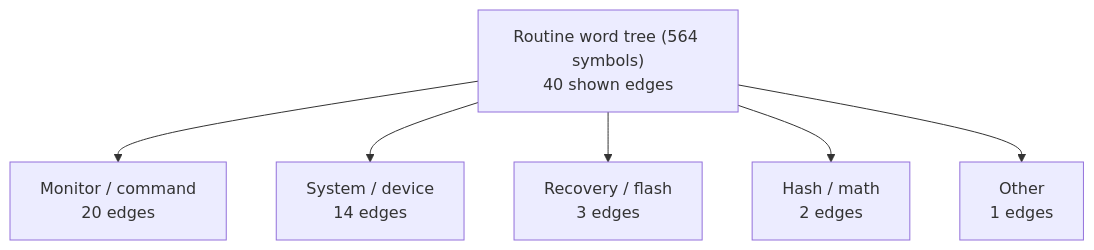
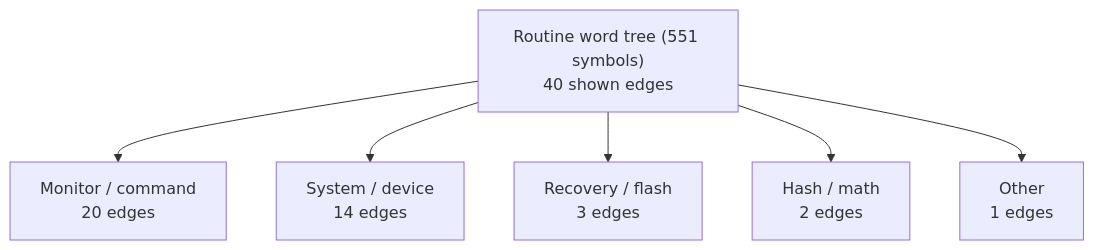
One commit to 95westus/R-YORS changed the first of 8 diagrams in DOC/GENERATED/ROUTINE_WORD_TREE.md. Above: the diagram before and after it, drawn with Mermaid. The commit also changed other lines of this file and 94 other files, not shown here.

````diff
--- a/DOC/GENERATED/ROUTINE_WORD_TREE.md
+++ b/DOC/GENERATED/ROUTINE_WORD_TREE.md
@@ -16,8 +16,8 @@
 ```mermaid
 flowchart TD
-    MAP_ROOT_ROUTINE_WORD_TREE__564_SYMBOLS_["Routine word tree (564 symbols)<br/>40 shown edges"] --> MAP_FAMILY_MONITOR___COMMAND["Monitor / command<br/>20 edges"]
-    MAP_ROOT_ROUTINE_WORD_TREE__564_SYMBOLS_["Routine word tree (564 symbols)<br/>40 shown edges"] --> MAP_FAMILY_SYSTEM___DEVICE["System / device<br/>14 edges"]
-    MAP_ROOT_ROUTINE_WORD_TREE__564_SYMBOLS_["Routine word tree (564 symbols)<br/>40 shown edges"] --> MAP_FAMILY_RECOVERY___FLASH["Recovery / flash<br/>3 edges"]
-    MAP_ROOT_ROUTINE_WORD_TREE__564_SYMBOLS_["Routine word tree (564 symbols)<br/>40 shown edges"] --> MAP_FAMILY_HASH___MATH["Hash / math<br/>2 edges"]
-    MAP_ROOT_ROUTINE_WORD_TREE__564_SYMBOLS_["Routine word tree (564 symbols)<br/>40 shown edges"] --> MAP_FAMILY_OTHER["Other<br/>1 edges"]
+    MAP_ROOT_ROUTINE_WORD_TREE__551_SYMBOLS_["Routine word tree (551 symbols)<br/>40 shown edges"] --> MAP_FAMILY_MONITOR___COMMAND["Monitor / command<br/>20 edges"]
+    MAP_ROOT_ROUTINE_WORD_TREE__551_SYMBOLS_["Routine word tree (551 symbols)<br/>40 shown edges"] --> MAP_FAMILY_SYSTEM___DEVICE["System / device<br/>14 edges"]
+    MAP_ROOT_ROUTINE_WORD_TREE__551_SYMBOLS_["Routine word tree (551 symbols)<br/>40 shown edges"] --> MAP_FAMILY_RECOVERY___FLASH["Recovery / flash<br/>3 edges"]
+    MAP_ROOT_ROUTINE_WORD_TREE__551_SYMBOLS_["Routine word tree (551 symbols)<br/>40 shown edges"] --> MAP_FAMILY_HASH___MATH["Hash / math<br/>2 edges"]
+    MAP_ROOT_ROUTINE_WORD_TREE__551_SYMBOLS_["Routine word tree (551 symbols)<br/>40 shown edges"] --> MAP_FAMILY_OTHER["Other<br/>1 edges"]
 ```
````
